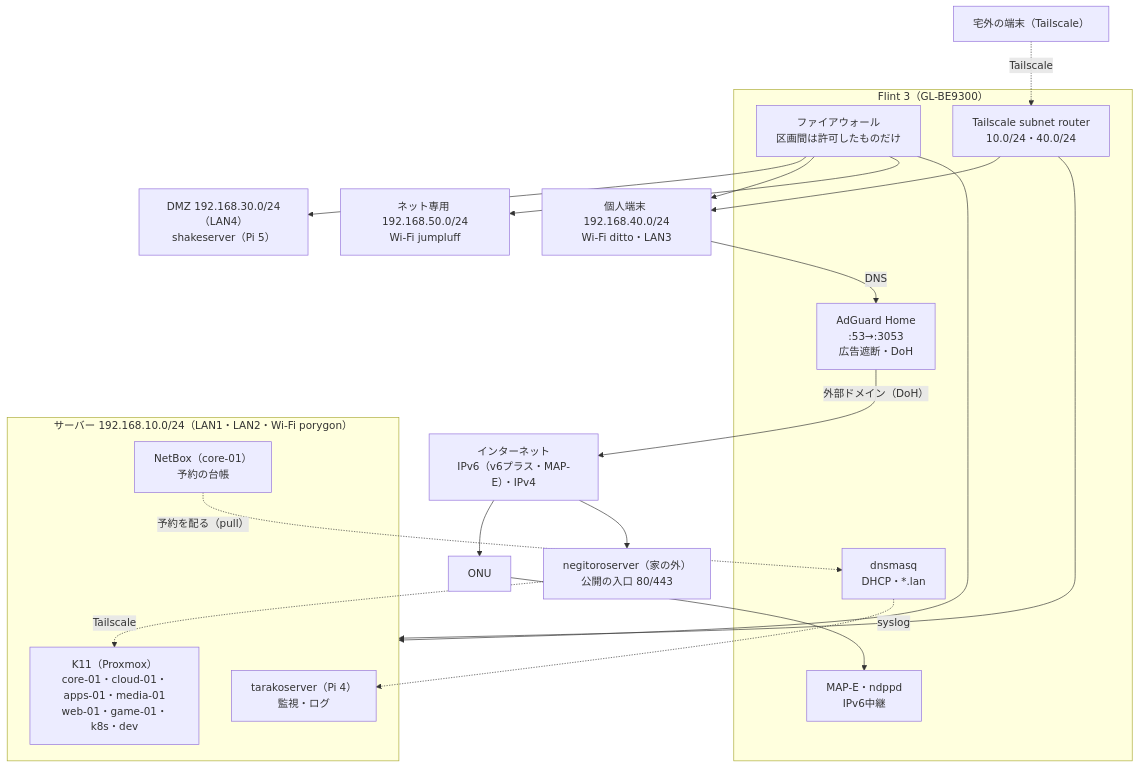
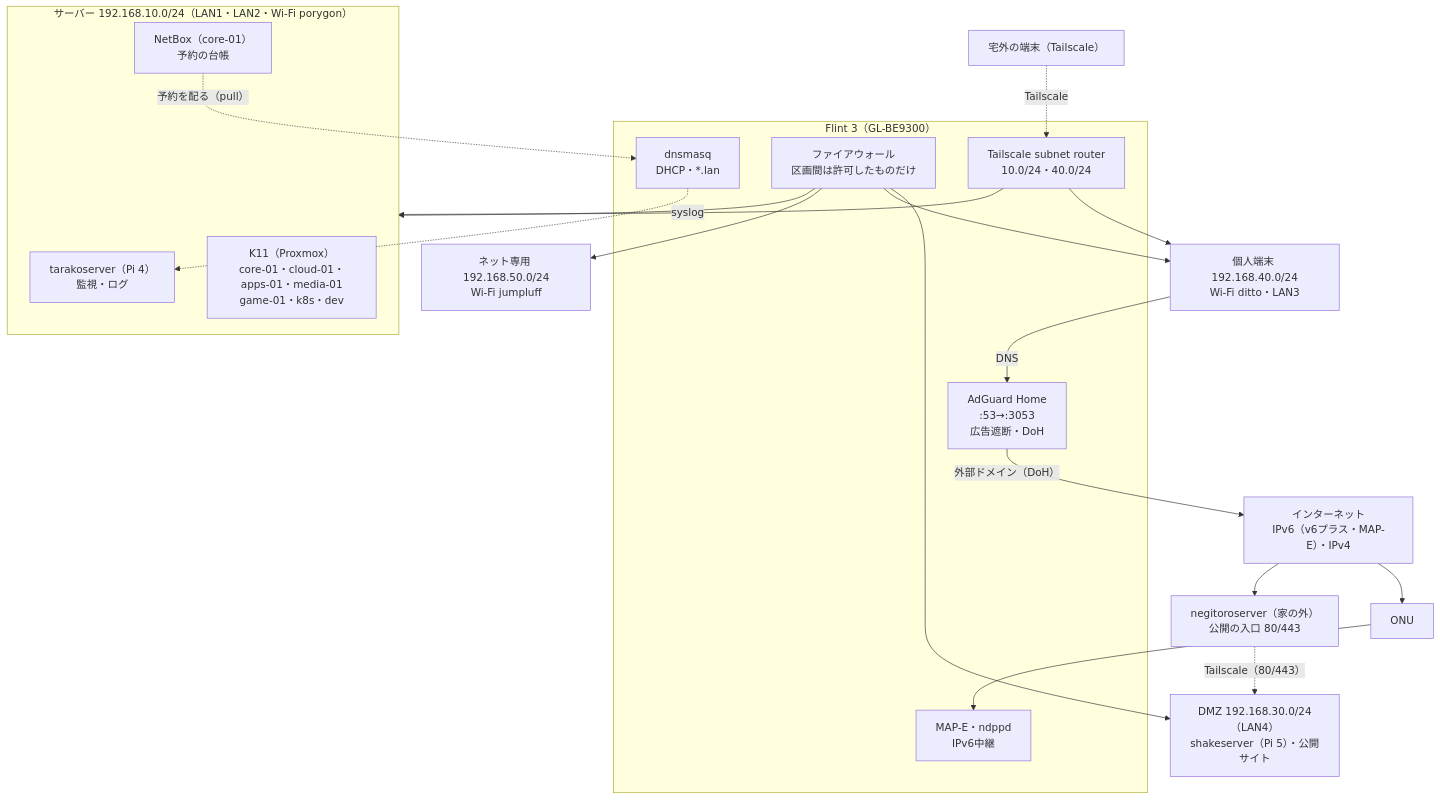
One commit to rurutheGeek/shake-cloud changed the diagram in docs/architecture/diagrams/network.mmd. Above: the diagram before and after it, drawn with Mermaid. The commit also changed 37 other files, not shown here.

First line of the commit message:
chore(web): web-01 を消し、公開サイトを DMZ の shakeserver だけにする

```diff
--- a/docs/architecture/diagrams/network.mmd
+++ b/docs/architecture/diagrams/network.mmd
@@ -1,37 +1,37 @@
 flowchart TB
   internet["インターネット<br/>IPv6（v6プラス・MAP-E）・IPv4"]
   onu["ONU"]
   remote["宅外の端末（Tailscale）"]
   relay["negitoroserver（家の外）<br/>公開の入口 80/443"]
 
   subgraph flint["Flint 3（GL-BE9300）"]
     adguard["AdGuard Home<br/>:53→:3053<br/>広告遮断・DoH"]
     dnsmasq["dnsmasq<br/>DHCP・*.lan"]
     mape["MAP-E・ndppd<br/>IPv6中継"]
     fw["ファイアウォール<br/>区画間は許可したものだけ"]
     ts["Tailscale subnet router<br/>10.0/24・40.0/24"]
   end
 
   subgraph server["サーバー 192.168.10.0/24（LAN1・LAN2・Wi-Fi porygon）"]
-    k11["K11（Proxmox）<br/>core-01・cloud-01・apps-01・media-01<br/>web-01・game-01・k8s・dev"]
+    k11["K11（Proxmox）<br/>core-01・cloud-01・apps-01・media-01<br/>game-01・k8s・dev"]
     taraco["tarakoserver（Pi 4）<br/>監視・ログ"]
     netbox["NetBox（core-01）<br/>予約の台帳"]
   end
-  dmz["DMZ 192.168.30.0/24（LAN4）<br/>shakeserver（Pi 5）"]
+  dmz["DMZ 192.168.30.0/24（LAN4）<br/>shakeserver（Pi 5）・公開サイト"]
   personal["個人端末 192.168.40.0/24<br/>Wi-Fi ditto・LAN3"]
   iot["ネット専用 192.168.50.0/24<br/>Wi-Fi jumpluff"]
 
   internet --> onu --> mape
   fw --> server
   fw --> dmz
   fw --> personal
   fw --> iot
   personal -- "DNS" --> adguard
   adguard -- "外部ドメイン（DoH）" --> internet
   netbox -. "予約を配る（pull）" .-> dnsmasq
   remote -. "Tailscale" .-> ts
   ts --> server
   ts --> personal
   internet --> relay
-  relay -. "Tailscale" .-> k11
+  relay -. "Tailscale（80/443）" .-> dmz
   dnsmasq -. "syslog" .-> taraco
```
